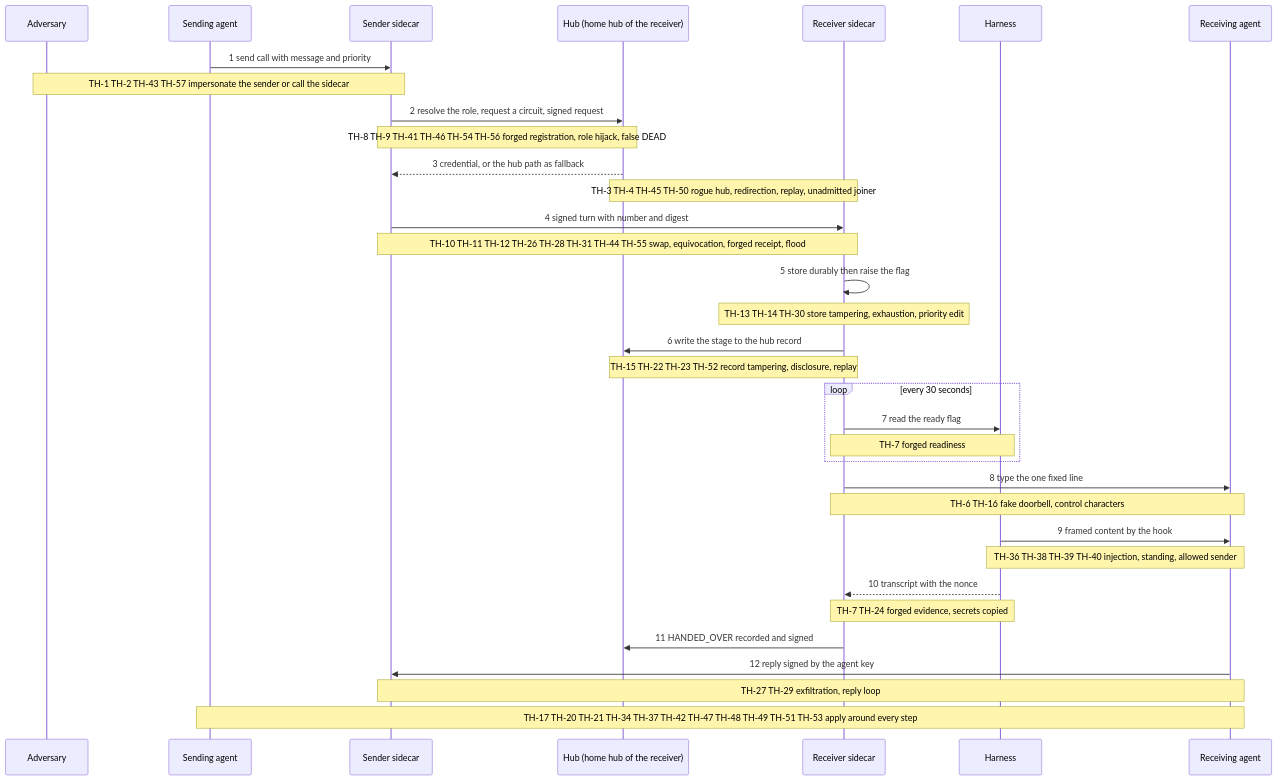
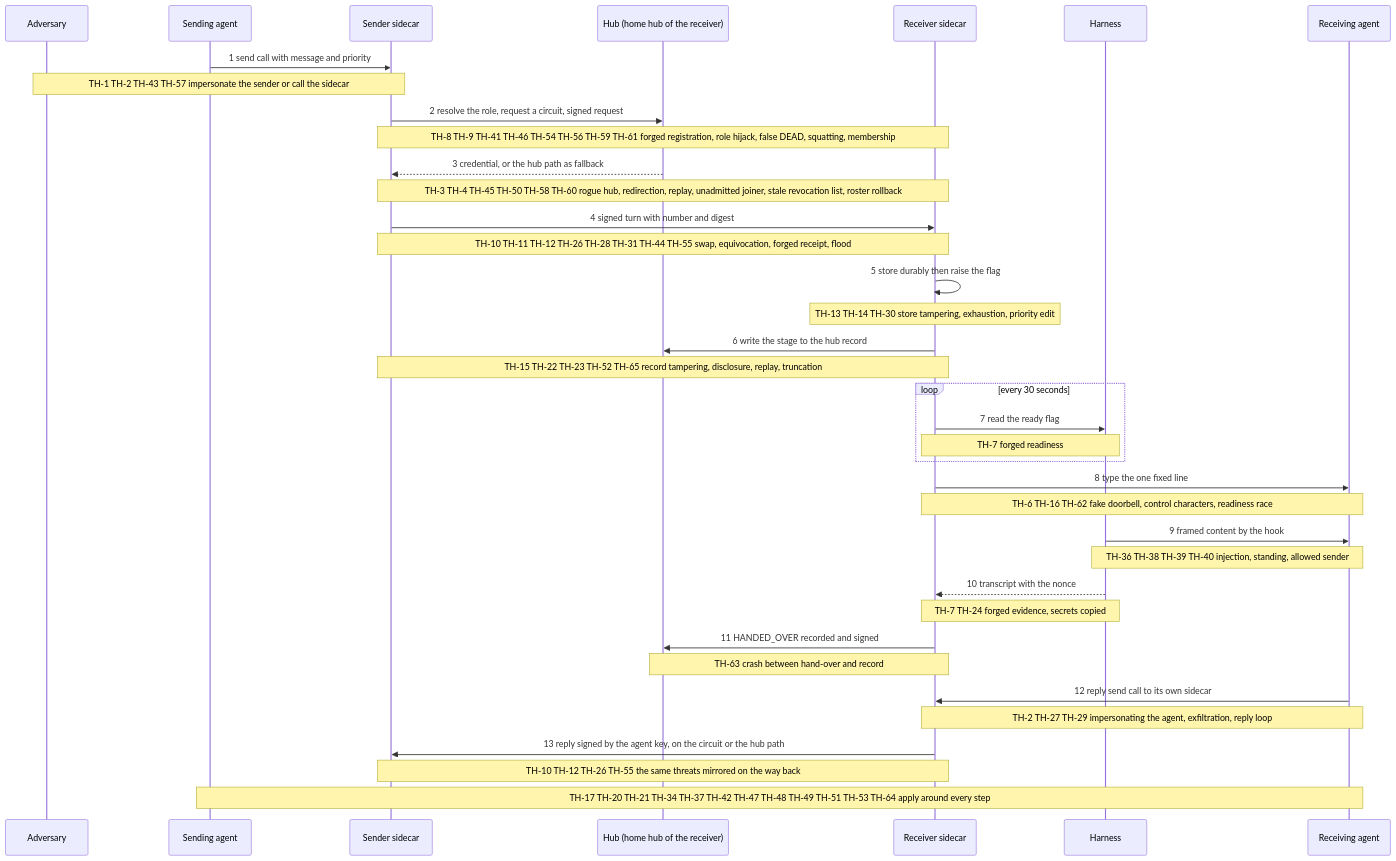
Before and after one commit to DimitriGeelen/termlink: the second of 4 diagrams in docs/design/interactive-agent-communication-02-threat-model.md, drawn with Mermaid. The commit also changed other lines of this file, not shown here.

````diff
--- a/docs/design/interactive-agent-communication-02-threat-model.md
+++ b/docs/design/interactive-agent-communication-02-threat-model.md
@@ -986,36 +1067,39 @@
 ```mermaid
 sequenceDiagram
   participant ATK as Adversary
   participant SND as Sending agent
   participant SS as Sender sidecar
   participant HUB as Hub (home hub of the receiver)
   participant RS as Receiver sidecar
   participant HRN as Harness
   participant RCV as Receiving agent
   SND->>SS: 1 send call with message and priority
   Note over ATK,SS: TH-1 TH-2 TH-43 TH-57 impersonate the sender or call the sidecar
   SS->>HUB: 2 resolve the role, request a circuit, signed request
-  Note over SS,HUB: TH-8 TH-9 TH-41 TH-46 TH-54 TH-56 forged registration, role hijack, false DEAD
+  Note over SS,RS: TH-8 TH-9 TH-41 TH-46 TH-54 TH-56 TH-59 TH-61 forged registration, role hijack, false DEAD, squatting, membership
   HUB-->>SS: 3 credential, or the hub path as fallback
-  Note over HUB,RS: TH-3 TH-4 TH-45 TH-50 rogue hub, redirection, replay, unadmitted joiner
+  Note over SS,RS: TH-3 TH-4 TH-45 TH-50 TH-58 TH-60 rogue hub, redirection, replay, unadmitted joiner, stale revocation list, roster rollback
   SS->>RS: 4 signed turn with number and digest
   Note over SS,RS: TH-10 TH-11 TH-12 TH-26 TH-28 TH-31 TH-44 TH-55 swap, equivocation, forged receipt, flood
   RS->>RS: 5 store durably then raise the flag
   Note over RS: TH-13 TH-14 TH-30 store tampering, exhaustion, priority edit
   RS->>HUB: 6 write the stage to the hub record
-  Note over RS,HUB: TH-15 TH-22 TH-23 TH-52 record tampering, disclosure, replay
+  Note over SS,RS: TH-15 TH-22 TH-23 TH-52 TH-65 record tampering, disclosure, replay, truncation
   loop every 30 seconds
     RS->>HRN: 7 read the ready flag
     Note over RS,HRN: TH-7 forged readiness
   end
   RS->>RCV: 8 type the one fixed line
-  Note over RS,RCV: TH-6 TH-16 fake doorbell, control characters
+  Note over RS,RCV: TH-6 TH-16 TH-62 fake doorbell, control characters, readiness race
   HRN->>RCV: 9 framed content by the hook
   Note over HRN,RCV: TH-36 TH-38 TH-39 TH-40 injection, standing, allowed sender
   HRN-->>RS: 10 transcript with the nonce
   Note over HRN,RS: TH-7 TH-24 forged evidence, secrets copied
   RS->>HUB: 11 HANDED_OVER recorded and signed
-  RCV->>SS: 12 reply signed by the agent key
-  Note over RCV,SS: TH-27 TH-29 exfiltration, reply loop
-  Note over SND,RCV: TH-17 TH-20 TH-21 TH-34 TH-37 TH-42 TH-47 TH-48 TH-49 TH-51 TH-53 apply around every step
+  Note over RS,HUB: TH-63 crash between hand-over and record
+  RCV->>RS: 12 reply send call to its own sidecar
+  Note over RCV,RS: TH-2 TH-27 TH-29 impersonating the agent, exfiltration, reply loop
+  RS->>SS: 13 reply signed by the agent key, on the circuit or the hub path
+  Note over RS,SS: TH-10 TH-12 TH-26 TH-55 the same threats mirrored on the way back
+  Note over SND,RCV: TH-17 TH-20 TH-21 TH-34 TH-37 TH-42 TH-47 TH-48 TH-49 TH-51 TH-53 TH-64 apply around every step
 ```
````
